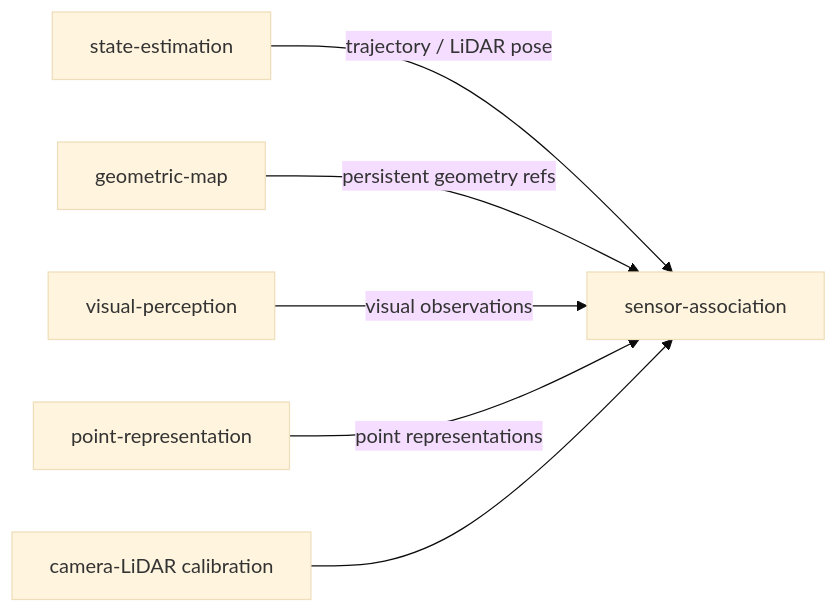
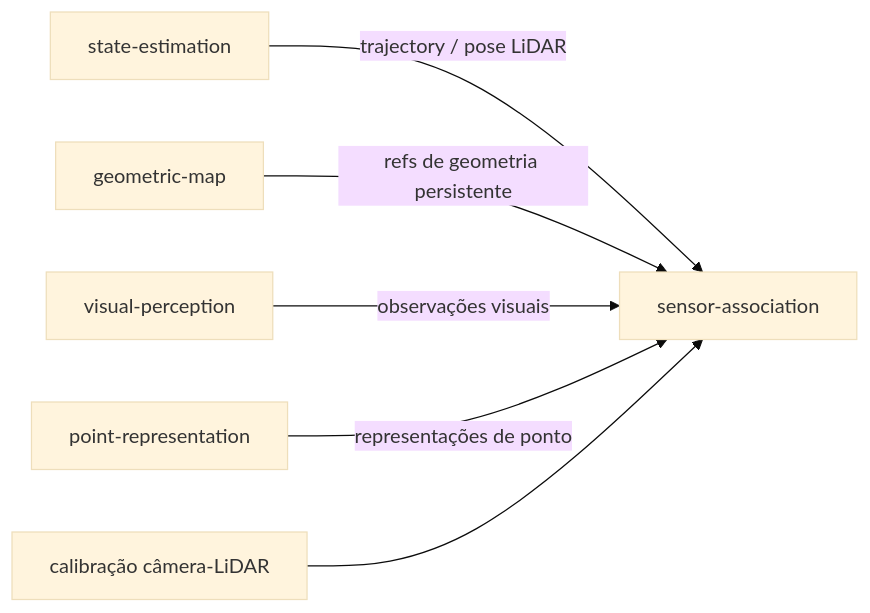
Before and after one commit to Alexandre-Tortoza/contextual-3d-mapping: the fourth of 4 diagrams in modules/state-estimation/docs/architecture.md, drawn with Mermaid (base theme). The commit also changed other lines of this file and 279 other files, not shown here.

````diff
--- a/modules/state-estimation/docs/architecture.md
+++ b/modules/state-estimation/docs/architecture.md
@@ -78,8 +78,8 @@
 ```mermaid
 flowchart LR
-    SE[state-estimation] -->|trajectory / LiDAR pose| SA[sensor-association]
-    GM[geometric-map] -->|persistent geometry refs| SA
-    VP[visual-perception] -->|visual observations| SA
-    PR[point-representation] -->|point representations| SA
-    CAL[camera-LiDAR calibration] --> SA
+    SE[state-estimation] -->|trajectory / pose LiDAR| SA[sensor-association]
+    GM[geometric-map] -->|refs de geometria persistente| SA
+    VP[visual-perception] -->|observações visuais| SA
+    PR[point-representation] -->|representações de ponto| SA
+    CAL[calibração câmera-LiDAR] --> SA
 ```
````
